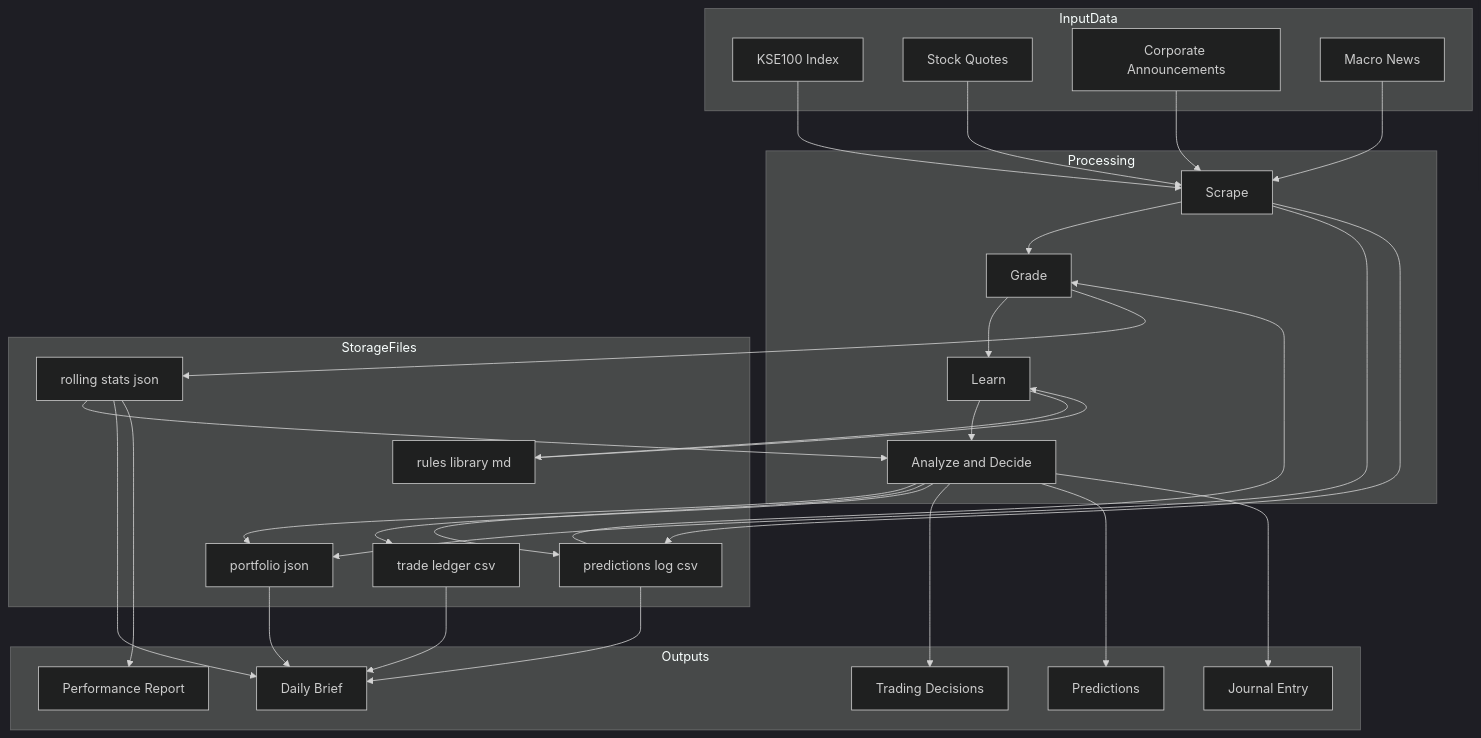
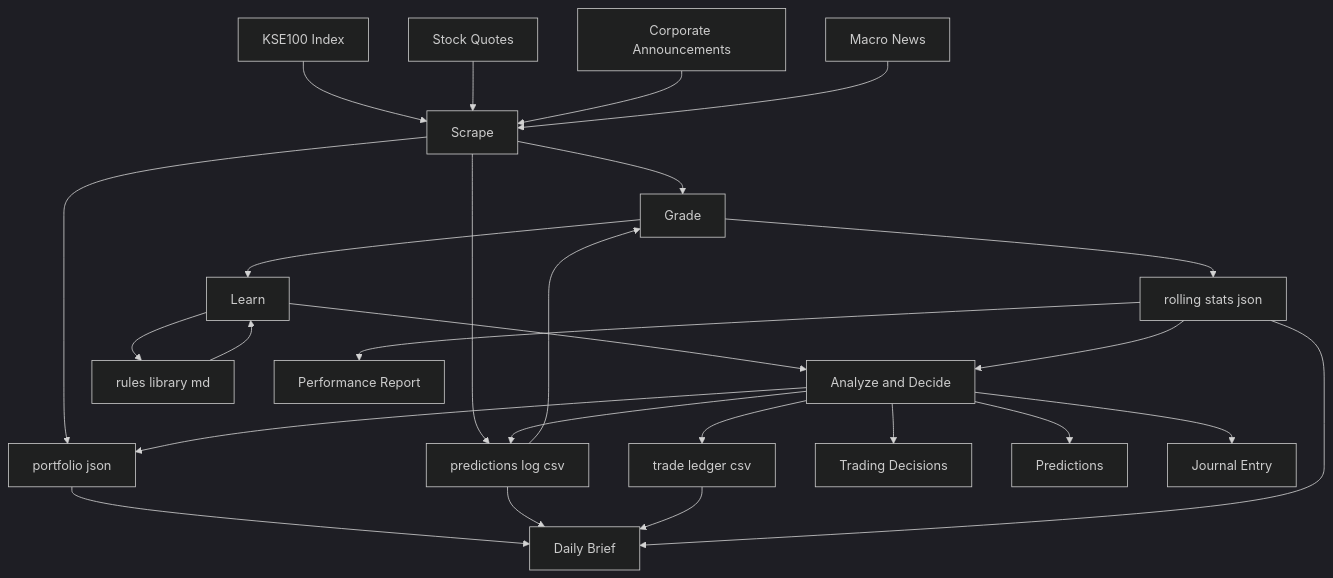
One commit to razaaflak/psx-analyst-agent changed the seventh of 8 diagrams in reports/DAILY_PIPELINE_OVERVIEW.md. Above: the diagram before and after it, drawn with Mermaid (dark theme). The commit also changed other lines of this file and 217 other files, not shown here.

First line of the commit message:
Architecture upgrade: 5yr OHLC universe, fundamentals store, backtest engine, condition-search

````diff
--- a/reports/DAILY_PIPELINE_OVERVIEW.md
+++ b/reports/DAILY_PIPELINE_OVERVIEW.md
@@ -599,63 +579,32 @@
 ```mermaid
 graph TB
-  subgraph InputData
-    A[KSE100 Index]
-    B[Stock Quotes]
-    C[Corporate Announcements]
-    D[Macro News]
-  end
+  A[KSE100 Index] --> E[Scrape]
+  B[Stock Quotes] --> E
+  C[Corporate Announcements] --> E
+  D[Macro News] --> E
 
-  subgraph Processing
-    E[Scrape]
-    F[Grade]
-    G[Learn]
-    H[Analyze and Decide]
-  end
+  E --> F[Grade]
+  F --> G[Learn]
+  G --> H[Analyze and Decide]
 
-  subgraph StorageFiles
-    I[portfolio json]
-    J[predictions log csv]
-    K[trade ledger csv]
-    L[rolling stats json]
-    M[rules library md]
-  end
-
-  subgraph Outputs
-    N[Daily Brief]
-    O[Trading Decisions]
-    P[Predictions]
-    Q[Journal Entry]
-    R[Performance Report]
-  end
-
-  A --> E
-  B --> E
-  C --> E
-  D --> E
-
-  E --> F
-  F --> G
-  G --> H
-
-  J --> F
-  M --> G
-  L --> H
+  I[portfolio json] --> N[Daily Brief]
+  J[predictions log csv] --> F
+  J --> N
+  K[trade ledger csv] --> N
+  L[rolling stats json] --> H
+  L --> N
+  M[rules library md] --> G
 
   E --> I
   E --> J
   H --> I
   H --> J
   H --> K
   F --> L
   G --> M
 
-  I --> N
-  J --> N
-  K --> N
-  L --> N
-
-  H --> O
-  H --> P
-  H --> Q
-  L --> R
+  H --> O[Trading Decisions]
+  H --> P[Predictions]
+  H --> Q[Journal Entry]
+  L --> R[Performance Report]
 ```
````
